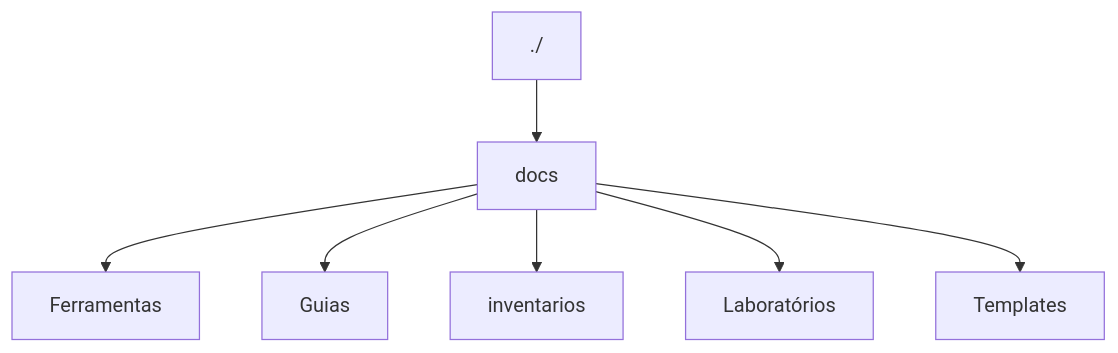
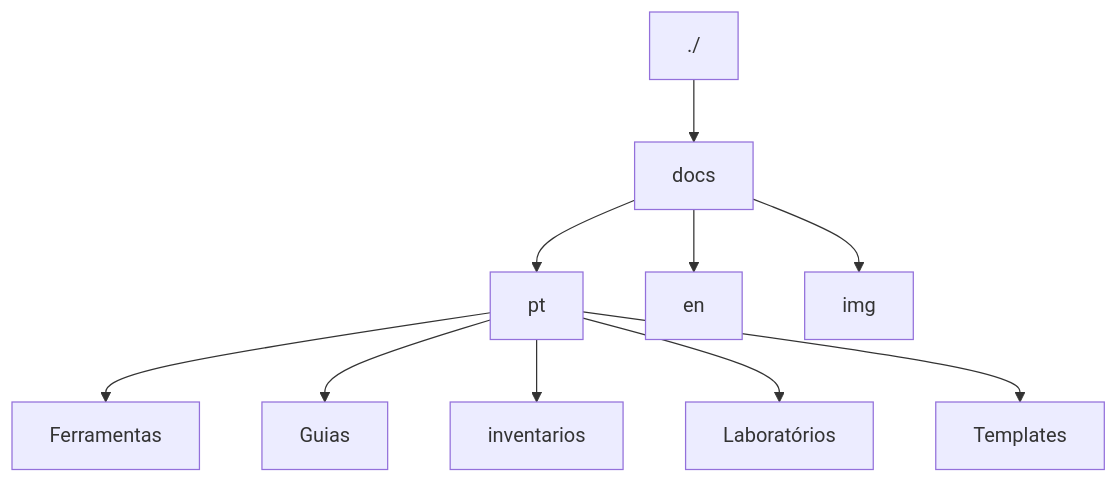
One commit to rnpbr/opennetworking-docs changed the diagram in docs/pt/Contribua.md. Above: the diagram before and after it, drawn with Mermaid. The commit also changed other lines of this file and 20 other files, not shown here.

````diff
--- a/docs/pt/Contribua.md
+++ b/docs/pt/Contribua.md
@@ -52,9 +52,13 @@
 ```mermaid
 flowchart TD
     A[./] --> B[docs]
-    B --> C[Ferramentas]
-    B --> D[Guias]
-    B --> E[inventarios]
-    B --> F[Laboratórios]
-    B --> G[Templates]
+    B --> C[pt]
+    B --> D[en]
+    B --> E[img]
+    C --> F[Ferramentas]
+    C --> G[Guias]
+    C --> H[inventarios]
+    C --> I[Laboratórios]
+    C --> J[Templates]
+    
 ```
````
